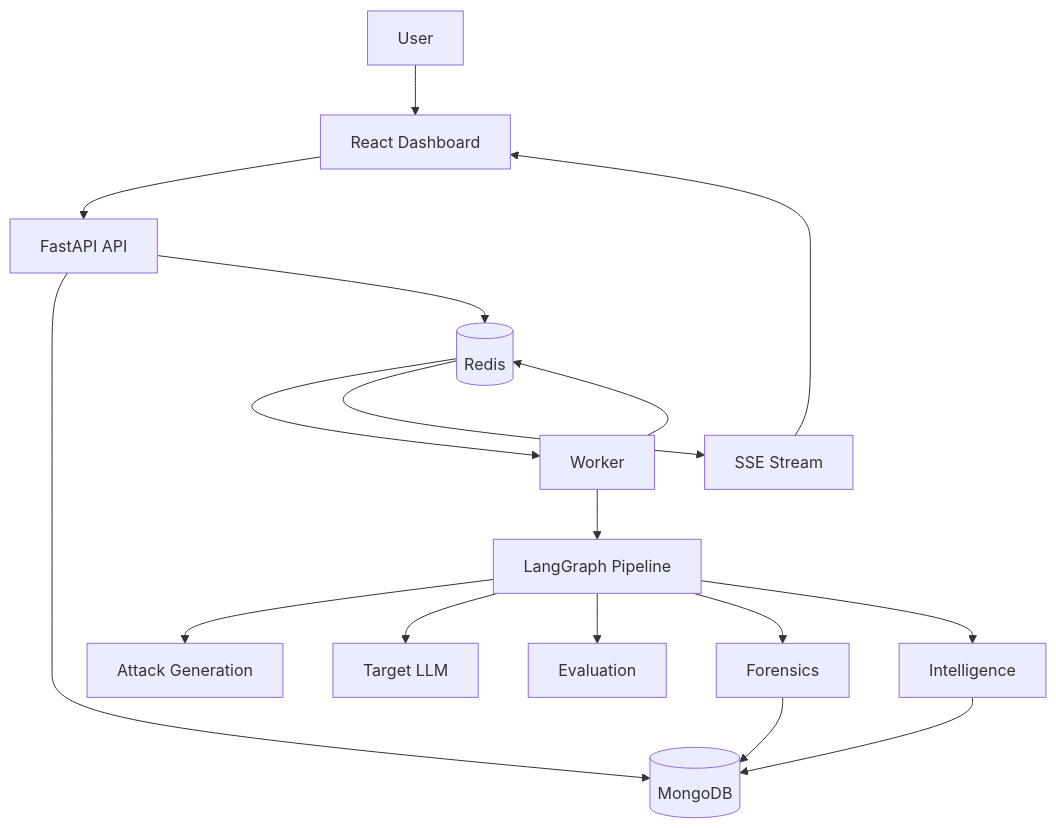
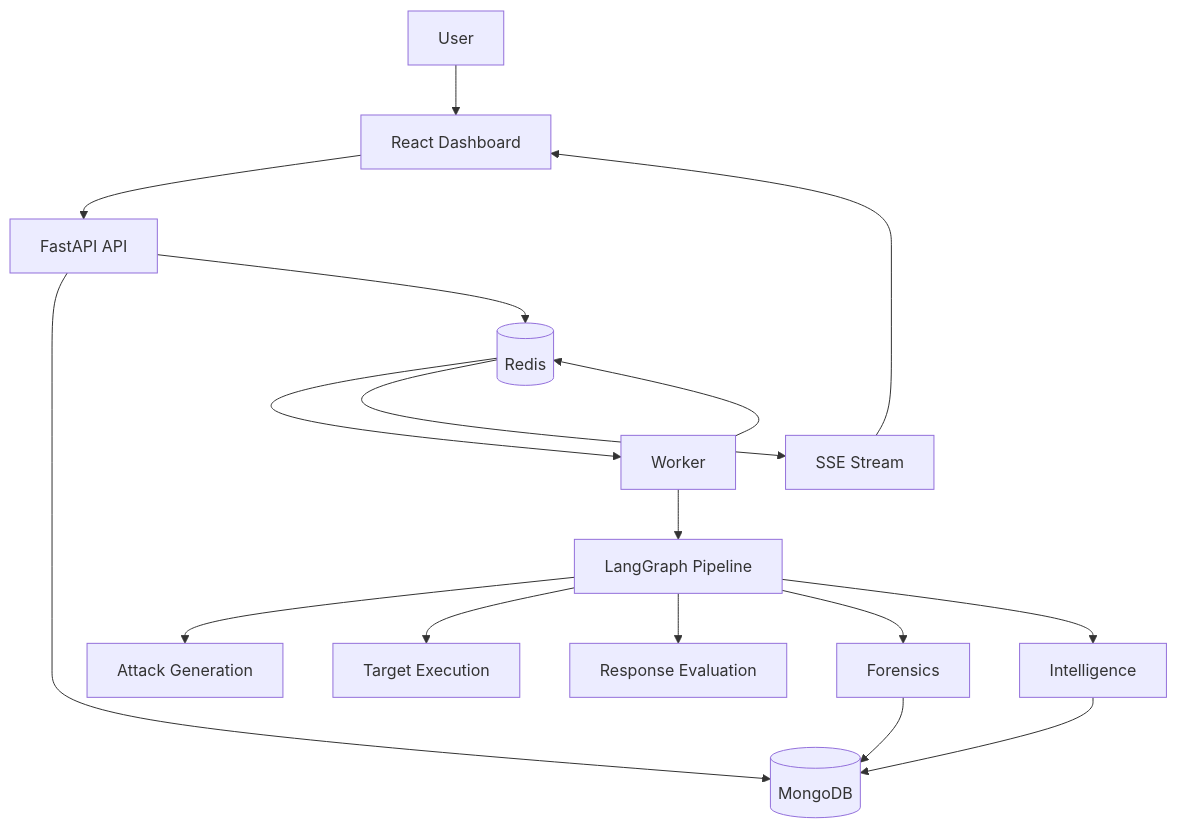
Before and after one commit to imshreyaskn/valerie: the third of 6 diagrams in README.md, drawn with Mermaid. The commit also changed other lines of this file, not shown here.

````diff
--- a/README.md
+++ b/README.md
@@ -145,28 +123,24 @@
 ```mermaid
-flowchart TB
-    U[User] --> FE[React Dashboard]
-
-    FE --> API[FastAPI API]
+flowchart TD
+    U[User] --> F[React Dashboard]
+    F --> API[FastAPI API]
 
     API --> DB[(MongoDB)]
     API --> R[(Redis)]
 
     R --> W[Worker]
+    W --> L[LangGraph Pipeline]
 
-    W --> G[LangGraph Pipeline]
+    L --> AG[Attack Generation]
+    L --> T[Target Execution]
+    L --> EV[Response Evaluation]
+    L --> FO[Forensics]
+    L --> IN[Intelligence]
 
-    G --> ATTACK[Attack Generation]
-    G --> TARGET[Target LLM]
-    G --> JUDGE[Evaluation]
-
-    G --> FORENSICS[Forensics]
-    G --> INTEL[Intelligence]
-
-    FORENSICS --> DB
-    INTEL --> DB
+    FO --> DB
+    IN --> DB
 
     W --> R
-    R --> STREAM[SSE Stream]
-
-    STREAM --> FE
+    R --> SSE[SSE Stream]
+    SSE --> F
 ```
````
